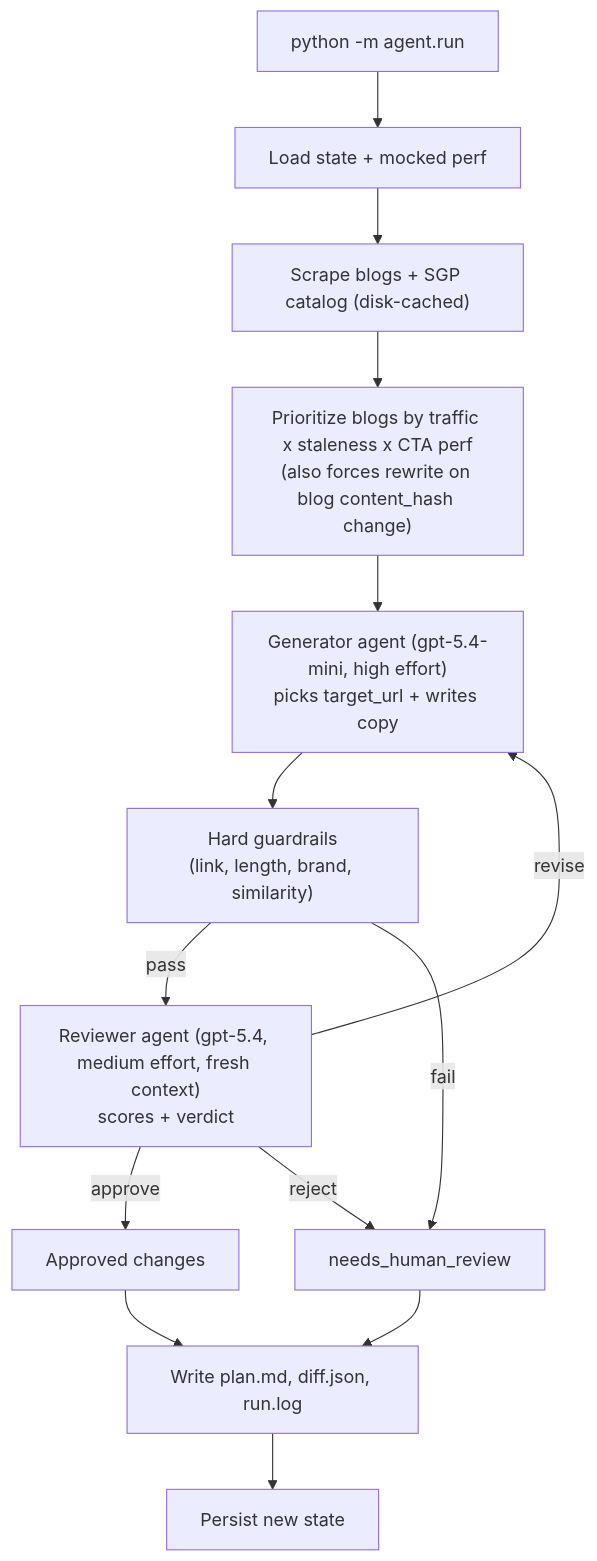
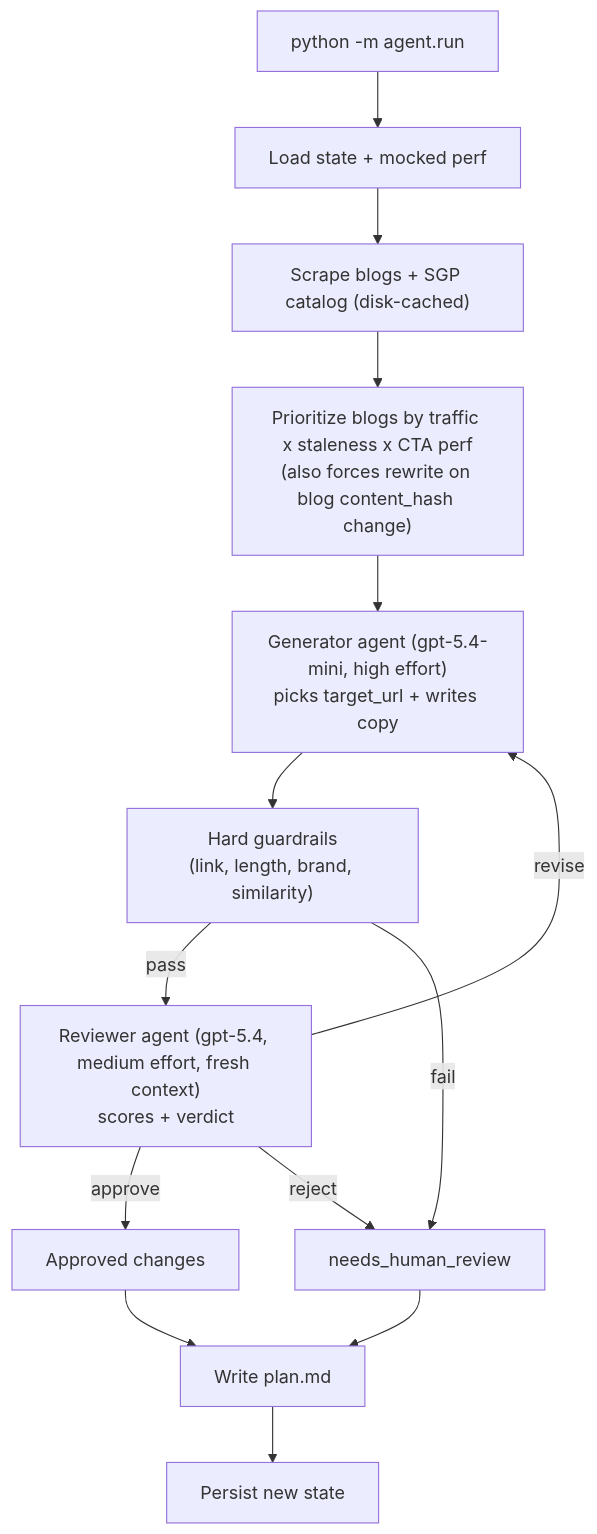
The diagram in README.md (GradyGaugler/bold-growth-project), drawn with Mermaid before and after one commit. The commit also changed other lines of this file and 19 other files, not shown here.

````diff
--- a/README.md
+++ b/README.md
@@ -19,16 +19,16 @@
 ```mermaid
 flowchart TD
     runCmd["python -m agent.run"] --> loadState["Load state + mocked perf"]
     loadState --> scrape["Scrape blogs + SGP catalog (disk-cached)"]
     scrape --> prioritize["Prioritize blogs by traffic x staleness x CTA perf<br/>(also forces rewrite on blog content_hash change)"]
     prioritize --> generator["Generator agent (gpt-5.4-mini, high effort)<br/>picks target_url + writes copy"]
     generator --> guardrails["Hard guardrails<br/>(link, length, brand, similarity)"]
     guardrails -->|pass| reviewer["Reviewer agent (gpt-5.4, medium effort, fresh context)<br/>scores + verdict"]
     guardrails -->|fail| humanQueue["needs_human_review"]
     reviewer -->|approve| approved["Approved changes"]
     reviewer -->|revise| generator
     reviewer -->|reject| humanQueue
-    approved --> writeArtifacts["Write plan.md, diff.json, run.log"]
+    approved --> writeArtifacts["Write plan.md"]
     humanQueue --> writeArtifacts
     writeArtifacts --> persistState["Persist new state"]
 ```
````
